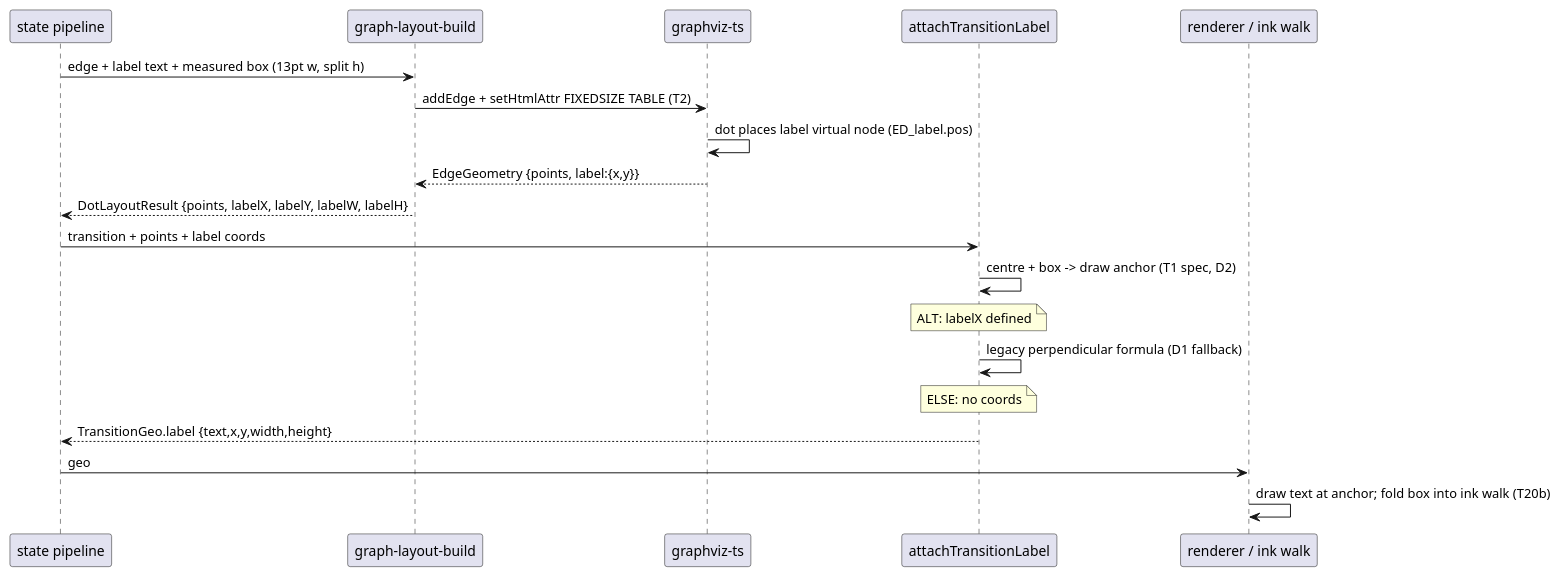
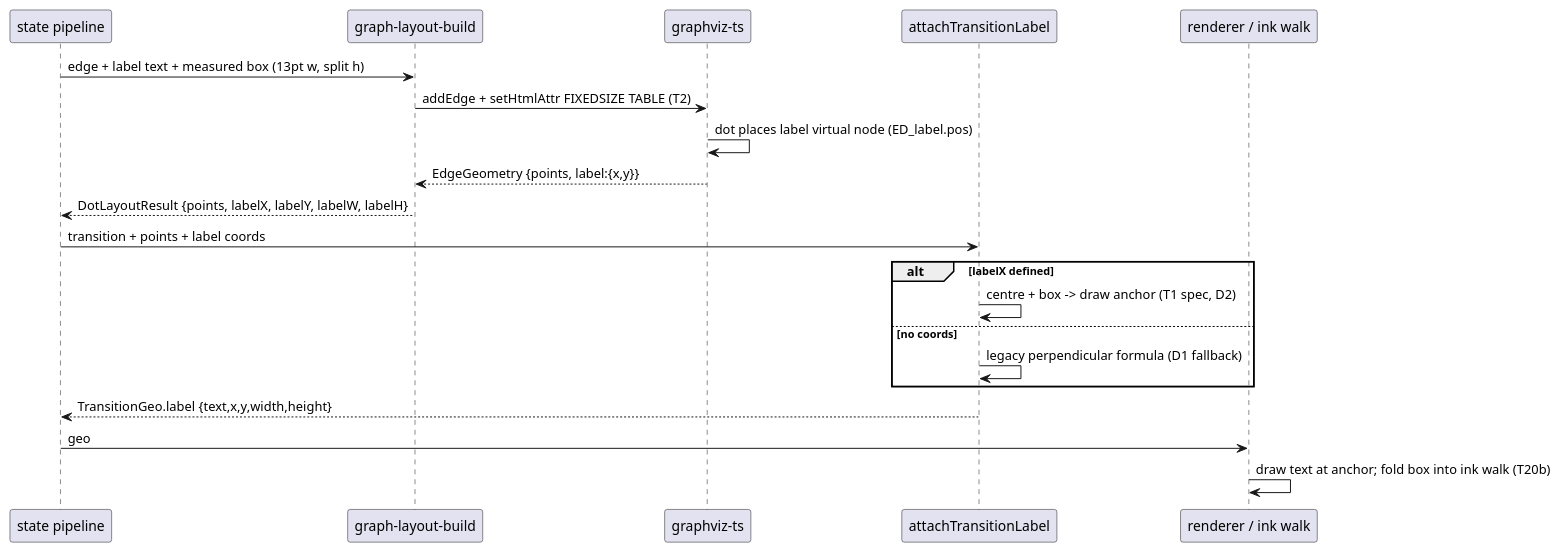
One commit to knowvah/plantuml-ts changed the diagram in plans/g8-label-placement/diagrams/data-flow.md. Above: the diagram before and after it, drawn with PlantUML. The commit also changed 13 other files, not shown here.

First line of the commit message:
docs: restore real alt/else/loop grouping in the converted diagrams

````diff
--- a/plans/g8-label-placement/diagrams/data-flow.md
+++ b/plans/g8-label-placement/diagrams/data-flow.md
@@ -3,25 +3,23 @@
 ```plantuml
 @startuml
-' NOTE: mermaid grouping flattened -- alt/opt/loop/group render the whole
-' diagram EMPTY in plantuml-ts today (.agent-notes/plantuml-sequence-group-empty.md).
-' Original nesting: alt labelX defined ; else no coords
 participant "state pipeline" as P
 participant "graph-layout-build" as B
 participant "graphviz-ts" as G
 participant "attachTransitionLabel" as A
 participant "renderer / ink walk" as R
 P -> B : edge + label text + measured box (13pt w, split h)
 B -> G : addEdge + setHtmlAttr FIXEDSIZE TABLE (T2)
 G -> G : dot places label virtual node (ED_label.pos)
 G --> B : EdgeGeometry {points, label:{x,y}}
 B --> P : DotLayoutResult {points, labelX, labelY, labelW, labelH}
 P -> A : transition + points + label coords
-A -> A : centre + box -> draw anchor (T1 spec, D2)
-note over A : ALT: labelX defined
-A -> A : legacy perpendicular formula (D1 fallback)
-note over A : ELSE: no coords
+alt labelX defined
+  A -> A : centre + box -> draw anchor (T1 spec, D2)
+else no coords
+  A -> A : legacy perpendicular formula (D1 fallback)
+end
 A --> P : TransitionGeo.label {text,x,y,width,height}
 P -> R : geo
 R -> R : draw text at anchor; fold box into ink walk (T20b)
 @enduml
 ```
````
